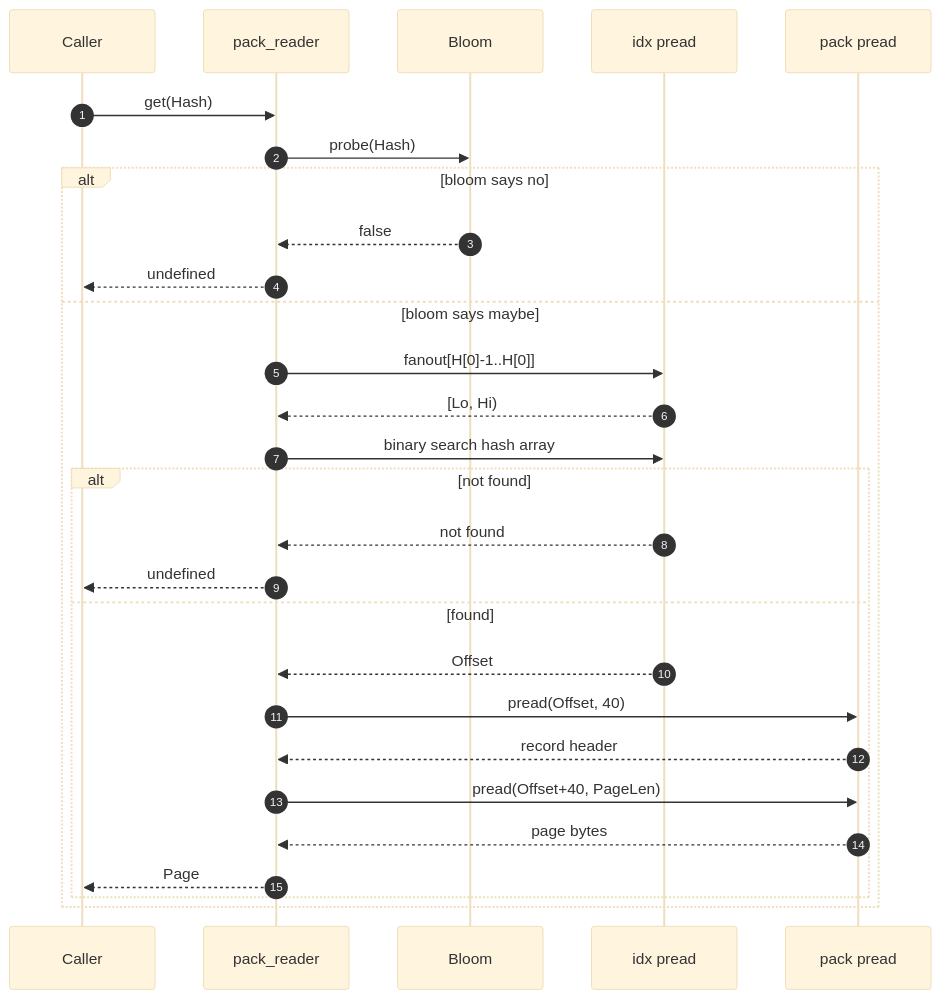
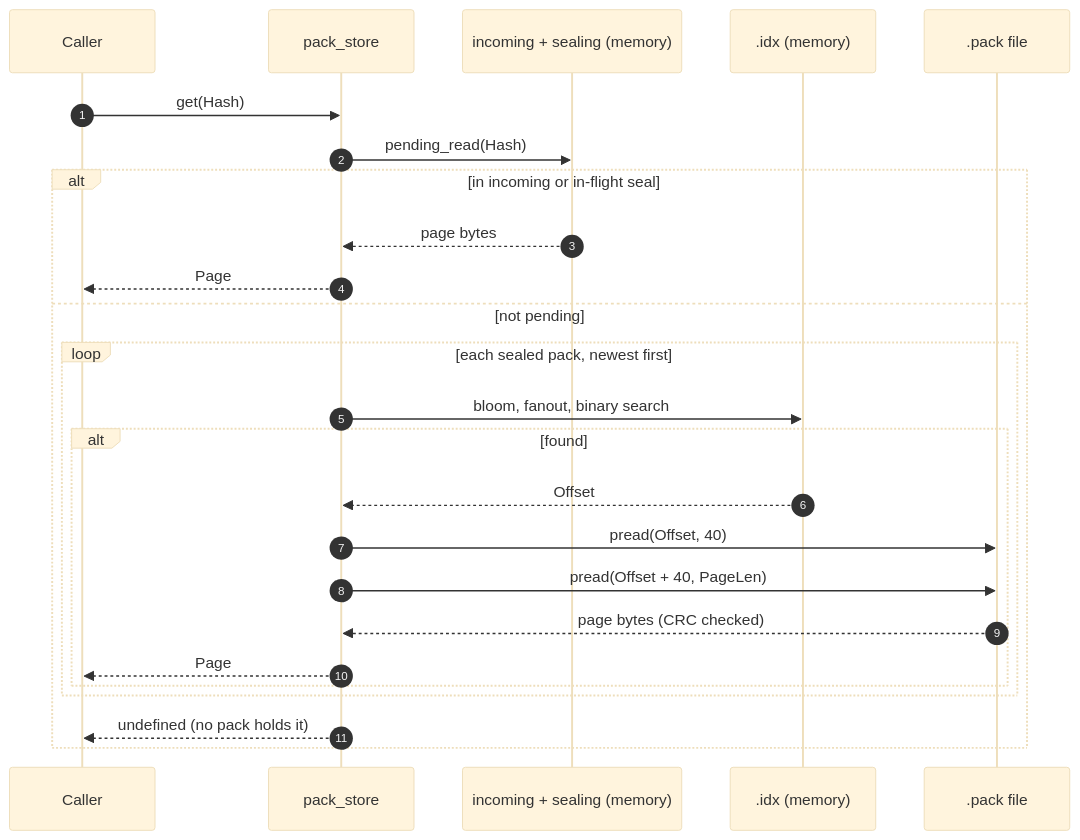
One commit to bondy-io/bondy changed the sixth of 9 diagrams in apps/bondy_mst/doc_extras/architecture/02_bondy_mst.md. Above: the diagram before and after it, drawn with Mermaid (base theme). The commit also changed other lines of this file and 449 other files, not shown here.

````diff
--- a/apps/bondy_mst/doc_extras/architecture/02_bondy_mst.md
+++ b/apps/bondy_mst/doc_extras/architecture/02_bondy_mst.md
@@ -232,31 +243,28 @@
 ```mermaid
 sequenceDiagram
     autonumber
     participant Caller
-    participant Reader as pack_reader
-    participant Bloom
-    participant Idx as idx pread
-    participant Pack as pack pread
+    participant Store as pack_store
+    participant Mem as incoming + sealing (memory)
+    participant Idx as .idx (memory)
+    participant Pack as .pack file
 
-    Caller->>Reader: get(Hash)
-    Reader->>Bloom: probe(Hash)
-    alt bloom says no
-        Bloom-->>Reader: false
-        Reader-->>Caller: undefined
-    else bloom says maybe
-        Reader->>Idx: fanout[H[0]-1..H[0]]
-        Idx-->>Reader: [Lo, Hi)
-        Reader->>Idx: binary search hash array
-        alt not found
-            Idx-->>Reader: not found
-            Reader-->>Caller: undefined
-        else found
-            Idx-->>Reader: Offset
-            Reader->>Pack: pread(Offset, 40)
-            Pack-->>Reader: record header
-            Reader->>Pack: pread(Offset+40, PageLen)
-            Pack-->>Reader: page bytes
-            Reader-->>Caller: Page
+    Caller->>Store: get(Hash)
+    Store->>Mem: pending_read(Hash)
+    alt in incoming or in-flight seal
+        Mem-->>Store: page bytes
+        Store-->>Caller: Page
+    else not pending
+        loop each sealed pack, newest first
+            Store->>Idx: bloom, fanout, binary search
+            alt found
+                Idx-->>Store: Offset
+                Store->>Pack: pread(Offset, 40)
+                Store->>Pack: pread(Offset + 40, PageLen)
+                Pack-->>Store: page bytes (CRC checked)
+                Store-->>Caller: Page
+            end
         end
+        Store-->>Caller: undefined (no pack holds it)
     end
 ```
````
